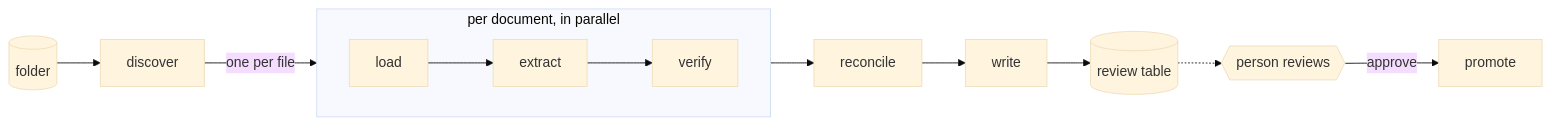
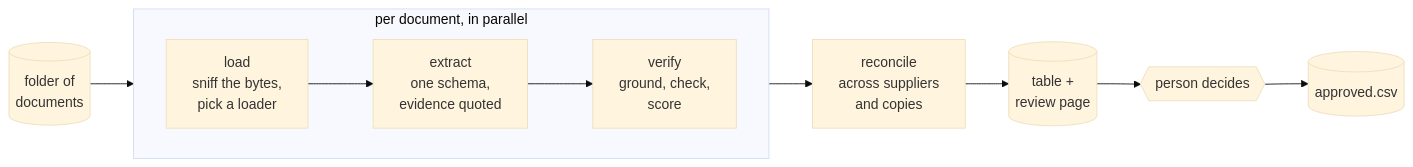
Before and after one commit to sean-carmody5/docintel: the first of 2 diagrams in README.md, drawn with Mermaid (base theme). The commit also changed other lines of this file and 6 other files, not shown here.

First line of the commit message:
README cut to what a reader needs, with the page in it; a walkthrough of one real run

````diff
--- a/README.md
+++ b/README.md
@@ -9,14 +7,12 @@
 ```mermaid
 flowchart LR
-  F[(folder)] --> D[discover]
-  D -->|one per file| L
-  subgraph P[per document, in parallel]
+  F[(folder of<br/>documents)] --> L
+  subgraph P["per document, in parallel"]
     direction LR
-    L[load] --> X[extract] --> V[verify]
+    L[load<br/>sniff the bytes,<br/>pick a loader] --> X[extract<br/>one schema,<br/>evidence quoted] --> V[verify<br/>ground, check,<br/>score]
   end
-  V --> R[reconcile]
-  R --> W[write]
-  W --> T[(review table)]
-  T -.-> H{{person reviews}}
-  H -->|approve| M[promote]
+  V --> R[reconcile<br/>across suppliers<br/>and copies]
+  R --> W[(table +<br/>review page)]
+  W --> H{{person decides}}
+  H --> A[(approved.csv)]
 ```
````
